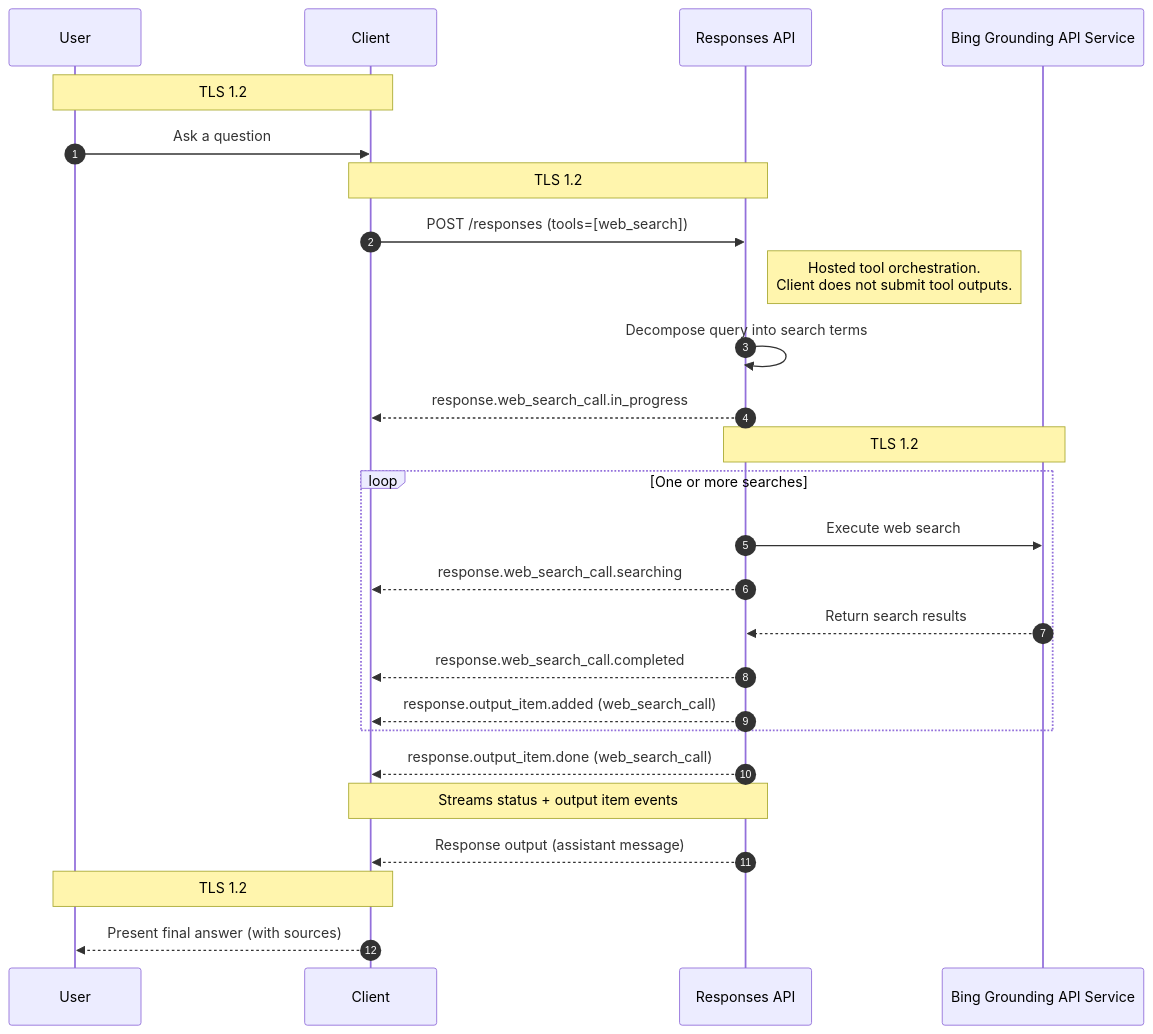
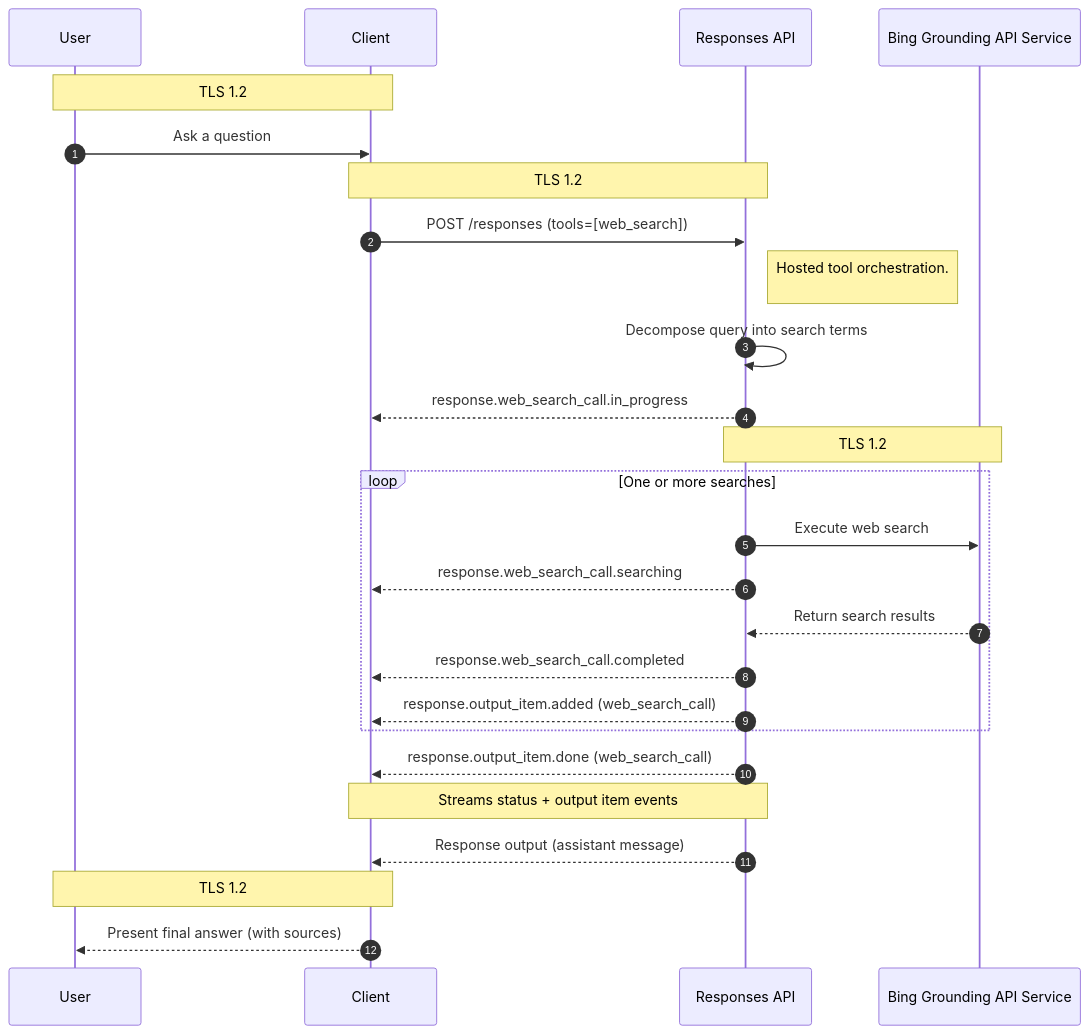
The diagram in Model_Usecases/web-search/network_flow.md (jakeatmsft/ai-foundry-craftkit), drawn with Mermaid before and after one commit.

````diff
--- a/Model_Usecases/web-search/network_flow.md
+++ b/Model_Usecases/web-search/network_flow.md
@@ -1,29 +1,29 @@
 ```mermaid
 sequenceDiagram
     autonumber
     participant User
     participant Client
     participant API as Responses API
     participant Bing as Bing Grounding API Service
 
     Note over User,Client: TLS 1.2
     User->>Client: Ask a question
     Note over Client,API: TLS 1.2
     Client->>API: POST /responses (tools=[web_search])
-    Note right of API: Hosted tool orchestration.<br/>Client does not submit tool outputs.
+    Note right of API: Hosted tool orchestration.<br/>
     API->>API: Decompose query into search terms
     API-->>Client: response.web_search_call.in_progress
     Note over API,Bing: TLS 1.2
     loop One or more searches
         API->>Bing: Execute web search
         API-->>Client: response.web_search_call.searching
         Bing-->>API: Return search results
         API-->>Client: response.web_search_call.completed
         API-->>Client: response.output_item.added (web_search_call)
     end
     API-->>Client: response.output_item.done (web_search_call)
     Note over API,Client: Streams status + output item events
     API-->>Client: Response output (assistant message)
     Note over User,Client: TLS 1.2
     Client-->>User: Present final answer (with sources)
 ```
````
